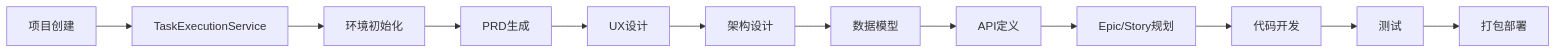
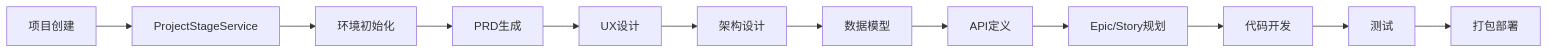
Before and after one commit to lighthought/app-maker: the first of 2 diagrams in backend/architect/QUICK_REFERENCE.md, drawn with Mermaid. The commit also changed other lines of this file and 7 other files, not shown here.

````diff
--- a/backend/architect/QUICK_REFERENCE.md
+++ b/backend/architect/QUICK_REFERENCE.md
@@ -59,14 +59,14 @@
 ```mermaid
 graph LR
-    A[项目创建] --> B[TaskExecutionService]
+    A[项目创建] --> B[ProjectStageService]
     B --> C[环境初始化]
     C --> D[PRD生成]
     D --> E[UX设计]
     E --> F[架构设计]
     F --> G[数据模型]
     G --> H[API定义]
     H --> I[Epic/Story规划]
     I --> J[代码开发]
     J --> K[测试]
     K --> L[打包部署]
 ```
````
